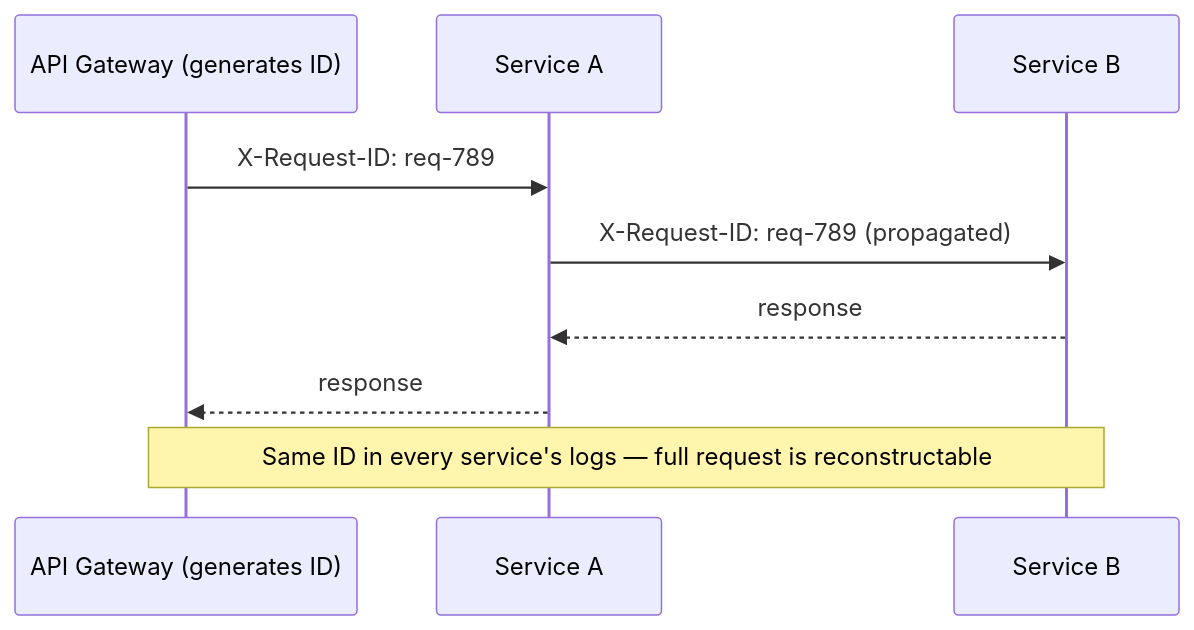
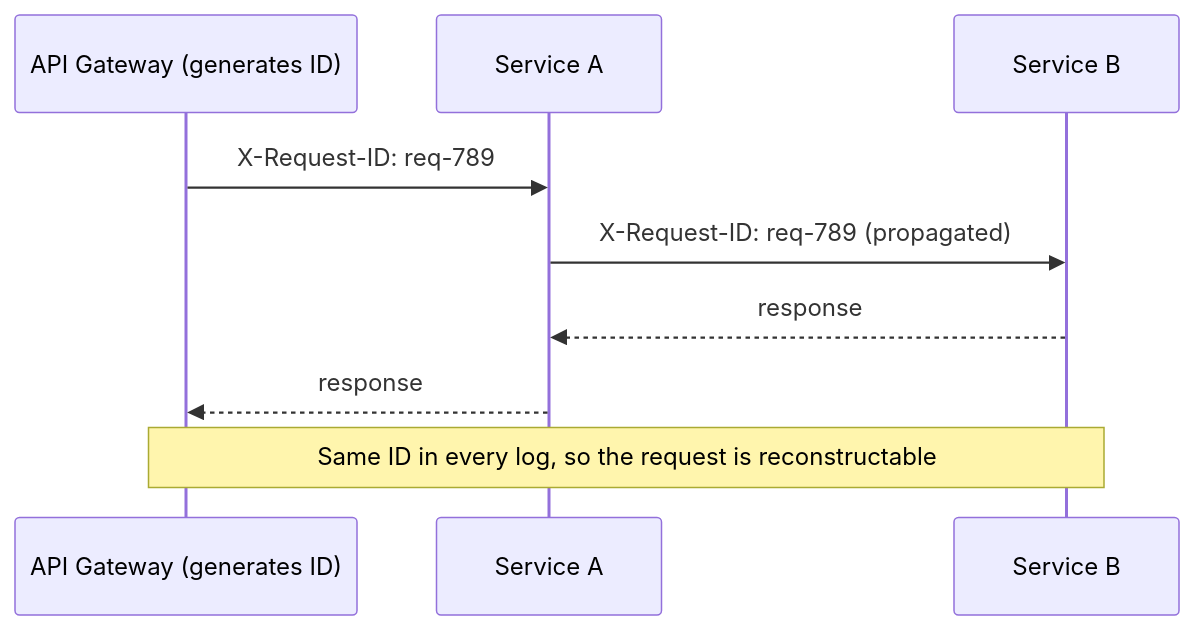
Before and after one commit to josuebrunel/josuebrunel.github.io: diagram 11 of 15 in content/interview/interview-prep-kafka-microservices.md, drawn with Mermaid. The commit also changed other lines of this file and 6 other files, not shown here.

````diff
--- a/content/interview/interview-prep-kafka-microservices.md
+++ b/content/interview/interview-prep-kafka-microservices.md
@@ -230,11 +533,11 @@
 ```mermaid
 sequenceDiagram
     participant Edge as API Gateway (generates ID)
     participant A as Service A
     participant B as Service B
     Edge->>A: X-Request-ID: req-789
     A->>B: X-Request-ID: req-789 (propagated)
     B-->>A: response
     A-->>Edge: response
-    Note over Edge,B: Same ID in every service's logs — full request is reconstructable
+    Note over Edge,B: Same ID in every log, so the request is reconstructable
 ```
````
